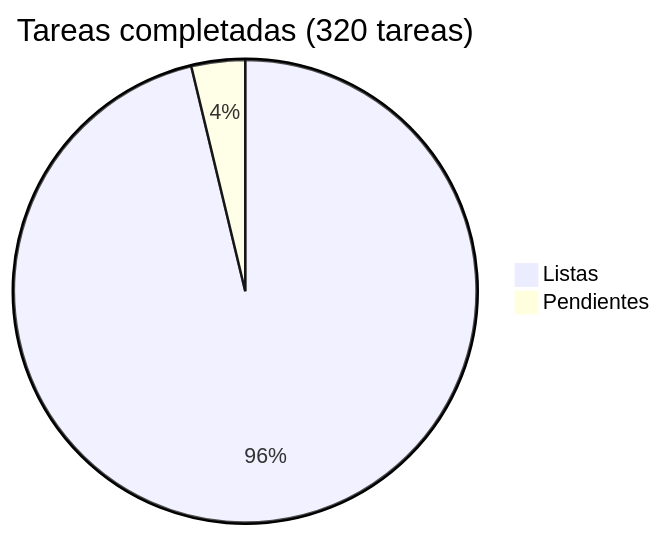
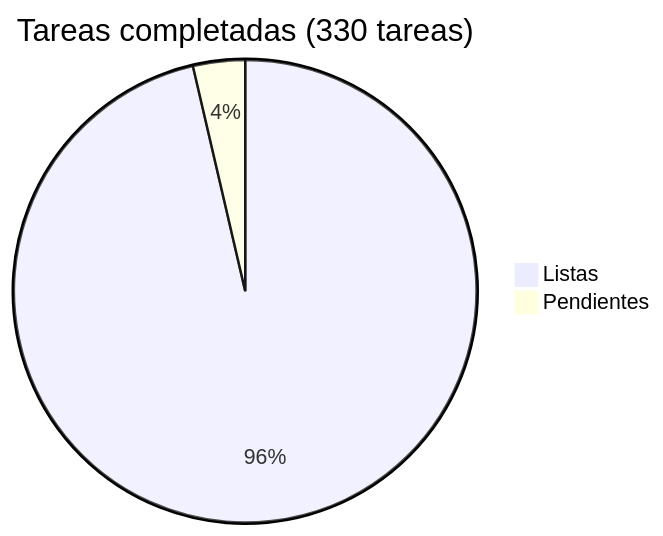
One commit to araguaney-lat/araguaney changed the diagram in docs/roadmap/README.md. Above: the diagram before and after it, drawn with Mermaid. The commit also changed other lines of this file and 16 other files, not shown here.

````diff
--- a/docs/roadmap/README.md
+++ b/docs/roadmap/README.md
@@ -5,5 +5,5 @@
 ```mermaid
-pie title Tareas completadas (320 tareas)
-    "Listas" : 308
+pie title Tareas completadas (330 tareas)
+    "Listas" : 318
     "Pendientes" : 12
 ```
````
